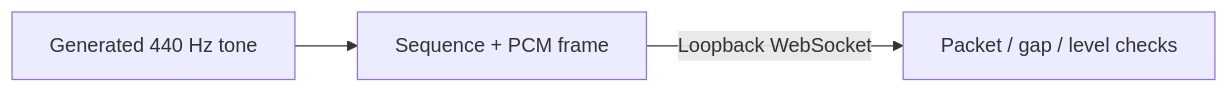
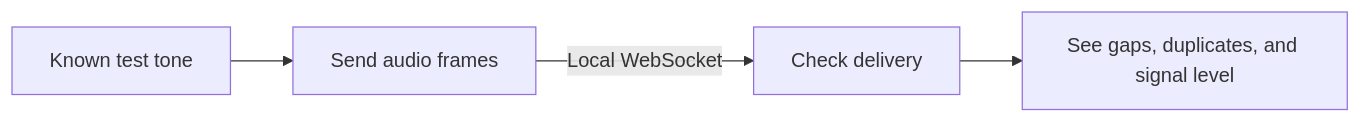
Before and after one commit to rodneyg/phantom-audio-lab: the diagram in README.md, drawn with Mermaid. The commit also changed other lines of this file and 1 other file, not shown here.

First line of the commit message:
docs: explain audio lab benefits with a working demo

````diff
--- a/README.md
+++ b/README.md
@@ -5,5 +22,6 @@
 ```mermaid
 flowchart LR
-    Tone[Generated 440 Hz tone] --> Frame[Sequence + PCM frame]
-    Frame -->|Loopback WebSocket| Check[Packet / gap / level checks]
+    Tone[Known test tone] --> Sender[Send audio frames]
+    Sender -->|Local WebSocket| Receiver[Check delivery]
+    Receiver --> Report[See gaps, duplicates, and signal level]
 ```
````
